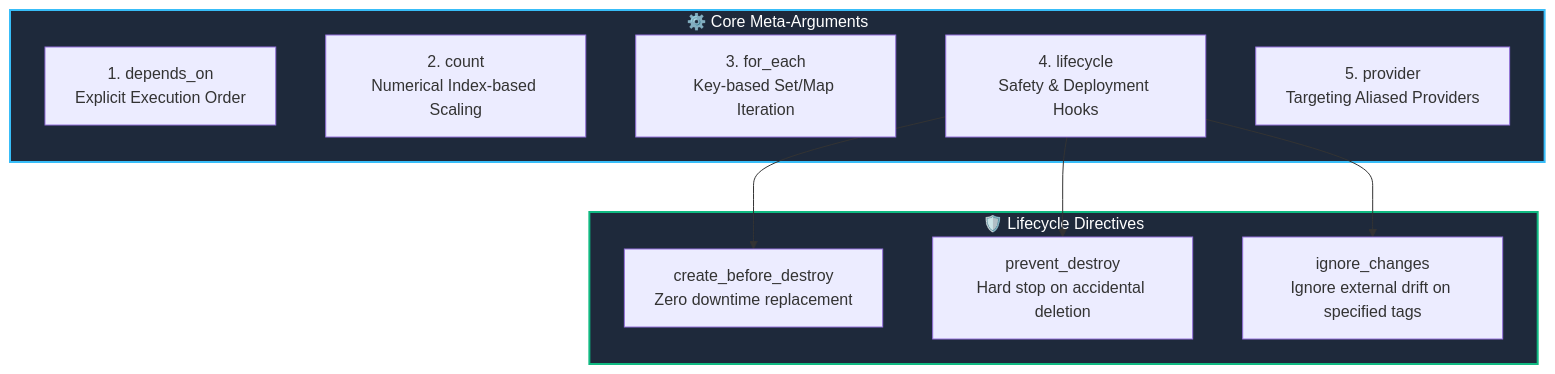
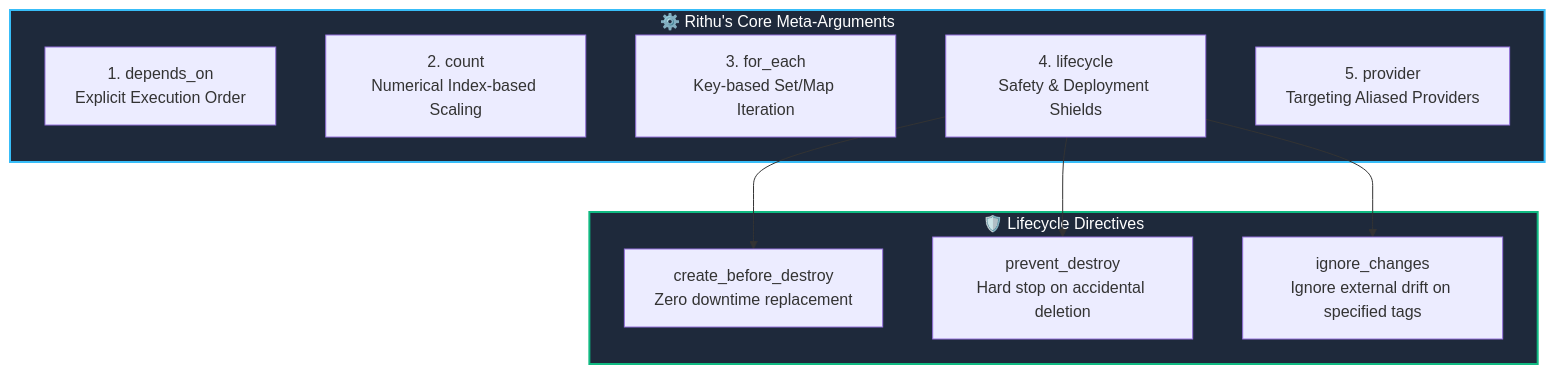
One commit to agravi987/Learning-Terraform-For-DevOps changed the diagram in 11-meta-arguments/README.md. Above: the diagram before and after it, drawn with Mermaid. The commit also changed other lines of this file and 18 other files, not shown here.

````diff
--- a/11-meta-arguments/README.md
+++ b/11-meta-arguments/README.md
@@ -25,21 +27,21 @@
 ```mermaid
 flowchart TD
-    subgraph MetaArguments ["⚙️ Core Meta-Arguments"]
+    subgraph MetaArguments ["⚙️ Rithu's Core Meta-Arguments"]
         DEP["1. depends_on\nExplicit Execution Order"]
         COUNT["2. count\nNumerical Index-based Scaling"]
         FOR_EACH["3. for_each\nKey-based Set/Map Iteration"]
-        LIFE["4. lifecycle\nSafety & Deployment Hooks"]
+        LIFE["4. lifecycle\nSafety & Deployment Shields"]
         PROV["5. provider\nTargeting Aliased Providers"]
     end
 
     subgraph LifecycleHooks ["🛡️ Lifecycle Directives"]
         CBD["create_before_destroy\nZero downtime replacement"]
         PD["prevent_destroy\nHard stop on accidental deletion"]
         IC["ignore_changes\nIgnore external drift on specified tags"]
     end
 
     LIFE --> CBD & PD & IC
 
     style MetaArguments fill:#1e293b,stroke:#38bdf8,stroke-width:2px,color:#fff
     style LifecycleHooks fill:#1e293b,stroke:#10b981,stroke-width:2px,color:#fff
 ```
````
